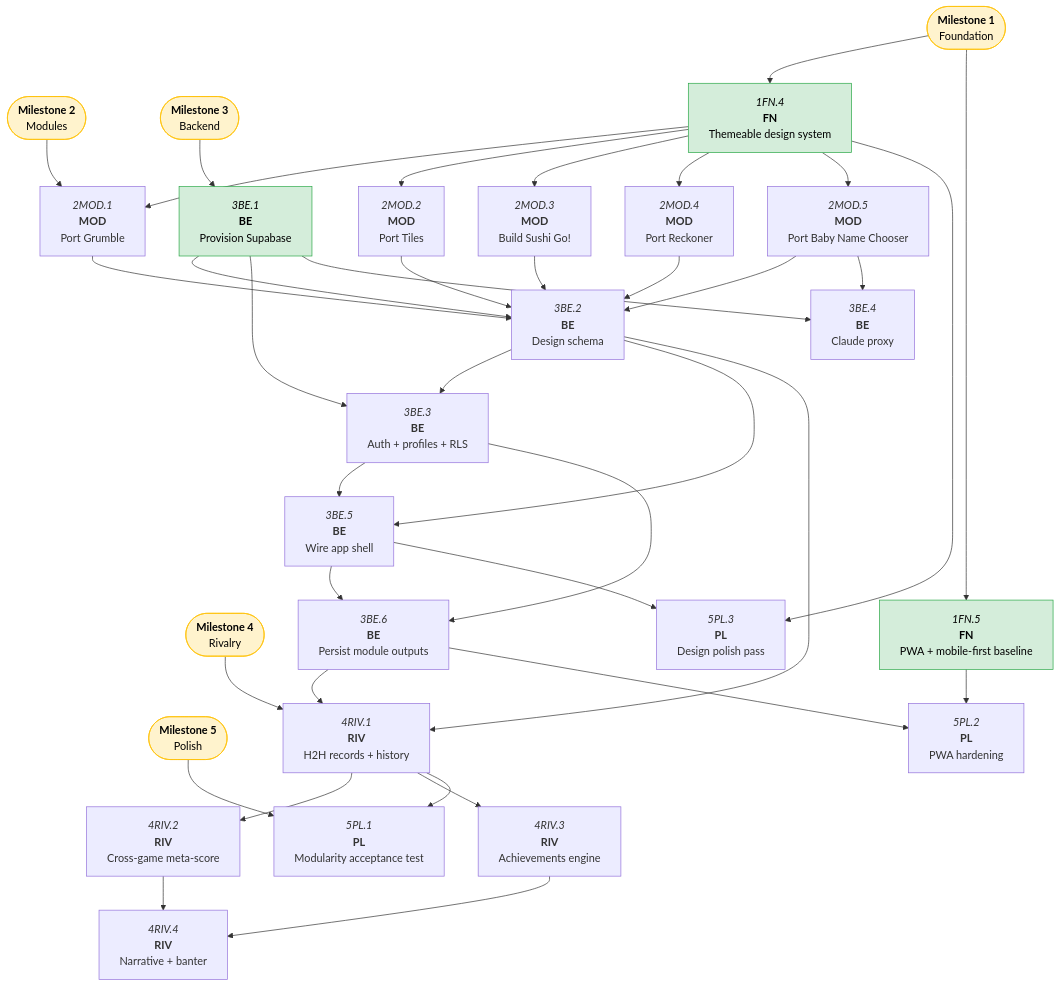
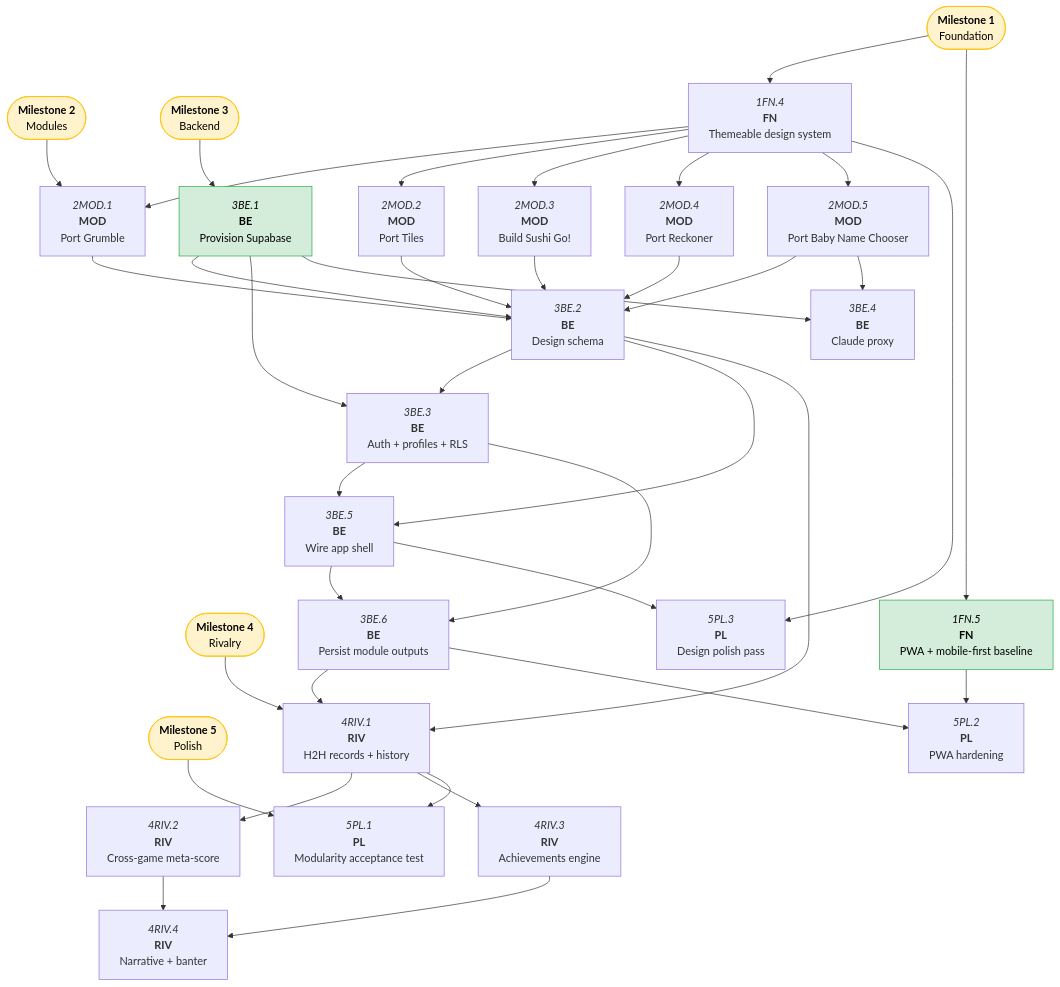
Before and after one commit to JasonWarrenUK/tallywhack: the diagram in docs/roadmaps/tallywhack.md, drawn with Mermaid. The commit also changed other lines of this file, not shown here.

First line of the commit message:
docs: mark 1FN.4, 2MOD.1, 2MOD.2, 2MOD.3 complete in roadmap

````diff
--- a/docs/roadmaps/tallywhack.md
+++ b/docs/roadmaps/tallywhack.md
@@ -11,78 +11,78 @@
 ```mermaid
 flowchart TD
   classDef open fill:#d4edda,stroke:#28a745,color:#000
   classDef blocked fill:#f8d7da,stroke:#dc3545,color:#000
   classDef mile fill:#fff3cd,stroke:#ffc107,color:#000
 
   M1(["`**Milestone 1**<br/>Foundation`"]):::mile
   M2(["`**Milestone 2**<br/>Modules`"]):::mile
   M3(["`**Milestone 3**<br/>Backend`"]):::mile
   M4(["`**Milestone 4**<br/>Rivalry`"]):::mile
   M5(["`**Milestone 5**<br/>Polish`"]):::mile
 
-  1FN4["`*1FN.4*<br/>**FN**<br/>Themeable design system`"]:::open
+  1FN4["`*1FN.4*<br/>**FN**<br/>Themeable design system`"]
   1FN5["`*1FN.5*<br/>**FN**<br/>PWA + mobile-first baseline`"]:::open
 
   2MOD1["`*2MOD.1*<br/>**MOD**<br/>Port Grumble`"]
   2MOD2["`*2MOD.2*<br/>**MOD**<br/>Port Tiles`"]
   2MOD3["`*2MOD.3*<br/>**MOD**<br/>Build Sushi Go!`"]
   2MOD4["`*2MOD.4*<br/>**MOD**<br/>Port Reckoner`"]
   2MOD5["`*2MOD.5*<br/>**MOD**<br/>Port Baby Name Chooser`"]
 
   3BE1["`*3BE.1*<br/>**BE**<br/>Provision Supabase`"]:::open
   3BE2["`*3BE.2*<br/>**BE**<br/>Design schema`"]
   3BE3["`*3BE.3*<br/>**BE**<br/>Auth + profiles + RLS`"]
   3BE4["`*3BE.4*<br/>**BE**<br/>Claude proxy`"]
   3BE5["`*3BE.5*<br/>**BE**<br/>Wire app shell`"]
   3BE6["`*3BE.6*<br/>**BE**<br/>Persist module outputs`"]
 
   4RIV1["`*4RIV.1*<br/>**RIV**<br/>H2H records + history`"]
   4RIV2["`*4RIV.2*<br/>**RIV**<br/>Cross-game meta-score`"]
   4RIV3["`*4RIV.3*<br/>**RIV**<br/>Achievements engine`"]
   4RIV4["`*4RIV.4*<br/>**RIV**<br/>Narrative + banter`"]
 
   5PL1["`*5PL.1*<br/>**PL**<br/>Modularity acceptance test`"]
   5PL2["`*5PL.2*<br/>**PL**<br/>PWA hardening`"]
   5PL3["`*5PL.3*<br/>**PL**<br/>Design polish pass`"]
 
   M1 --> 1FN4
   M1 --> 1FN5
   1FN4 --> 2MOD1
   1FN4 --> 2MOD2
   1FN4 --> 2MOD3
   1FN4 --> 2MOD4
   1FN4 --> 2MOD5
   1FN4 --> 5PL3
   1FN5 --> 5PL2
 
   M2 --> 2MOD1
   2MOD1 --> 3BE2
   2MOD2 --> 3BE2
   2MOD3 --> 3BE2
   2MOD4 --> 3BE2
   2MOD5 --> 3BE2
   2MOD5 --> 3BE4
 
   M3 --> 3BE1
   3BE1 --> 3BE2
   3BE1 --> 3BE3
   3BE1 --> 3BE4
   3BE2 --> 3BE3
   3BE2 --> 3BE5
   3BE2 --> 4RIV1
   3BE3 --> 3BE5
   3BE3 --> 3BE6
   3BE5 --> 3BE6
   3BE5 --> 5PL3
   3BE6 --> 4RIV1
   3BE6 --> 5PL2
 
   M4 --> 4RIV1
   4RIV1 --> 4RIV2
   4RIV1 --> 4RIV3
   4RIV1 --> 5PL1
   4RIV2 --> 4RIV4
   4RIV3 --> 4RIV4
 
   M5 --> 5PL1
 ```
````
